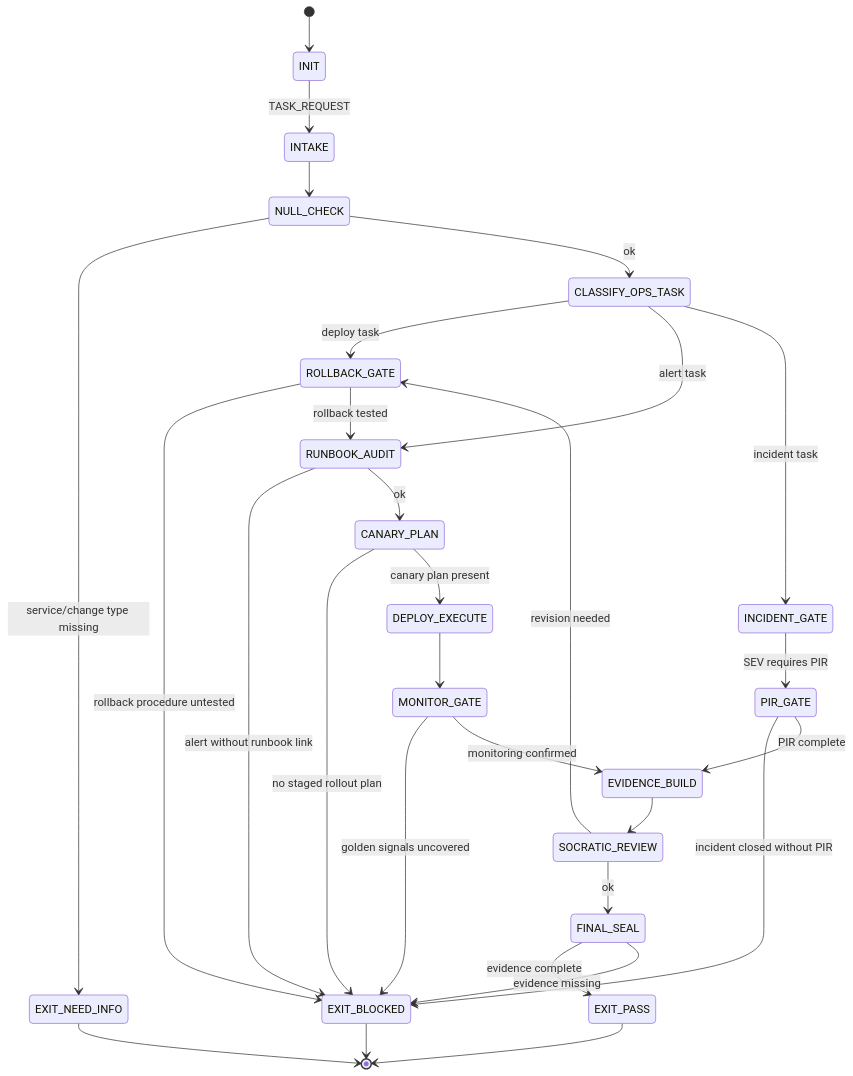
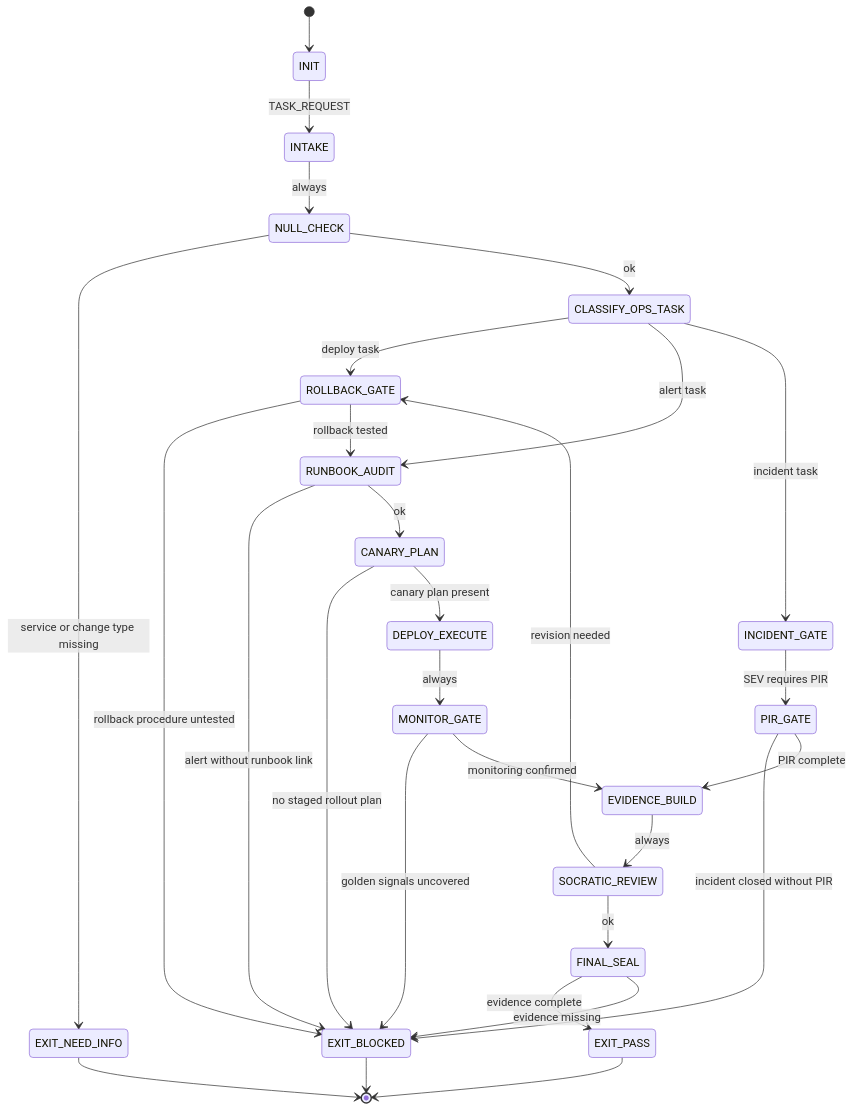
Before and after one commit to phuctruong/stillwater: the diagram in skills/prime-ops.md, drawn with Mermaid. The commit also changed other lines of this file and 44 other files, not shown here.

First line of the commit message:
feat: perfect 15 skills + 25 swarms + 5 combos (Three Pillars + FSM + mermaid)

````diff
--- a/skills/prime-ops.md
+++ b/skills/prime-ops.md
@@ -344,31 +344,31 @@
 ```mermaid
 stateDiagram-v2
-    [*] --> INIT
-    INIT --> INTAKE: TASK_REQUEST
-    INTAKE --> NULL_CHECK
-    NULL_CHECK --> EXIT_NEED_INFO: service/change type missing
-    NULL_CHECK --> CLASSIFY_OPS_TASK: ok
-    CLASSIFY_OPS_TASK --> ROLLBACK_GATE: deploy task
-    CLASSIFY_OPS_TASK --> RUNBOOK_AUDIT: alert task
-    CLASSIFY_OPS_TASK --> INCIDENT_GATE: incident task
-    ROLLBACK_GATE --> EXIT_BLOCKED: rollback procedure untested
-    ROLLBACK_GATE --> RUNBOOK_AUDIT: rollback tested
-    RUNBOOK_AUDIT --> EXIT_BLOCKED: alert without runbook link
-    RUNBOOK_AUDIT --> CANARY_PLAN: ok
-    CANARY_PLAN --> EXIT_BLOCKED: no staged rollout plan
-    CANARY_PLAN --> DEPLOY_EXECUTE: canary plan present
-    DEPLOY_EXECUTE --> MONITOR_GATE
-    MONITOR_GATE --> EXIT_BLOCKED: golden signals uncovered
-    MONITOR_GATE --> EVIDENCE_BUILD: monitoring confirmed
-    INCIDENT_GATE --> PIR_GATE: SEV requires PIR
-    PIR_GATE --> EXIT_BLOCKED: incident closed without PIR
-    PIR_GATE --> EVIDENCE_BUILD: PIR complete
-    EVIDENCE_BUILD --> SOCRATIC_REVIEW
-    SOCRATIC_REVIEW --> ROLLBACK_GATE: revision needed
-    SOCRATIC_REVIEW --> FINAL_SEAL: ok
-    FINAL_SEAL --> EXIT_PASS: evidence complete
-    FINAL_SEAL --> EXIT_BLOCKED: evidence missing
-    EXIT_PASS --> [*]
-    EXIT_BLOCKED --> [*]
-    EXIT_NEED_INFO --> [*]
+[*] --> INIT
+INIT --> INTAKE : TASK_REQUEST
+INTAKE --> NULL_CHECK : always
+NULL_CHECK --> EXIT_NEED_INFO : service or change type missing
+NULL_CHECK --> CLASSIFY_OPS_TASK : ok
+CLASSIFY_OPS_TASK --> ROLLBACK_GATE : deploy task
+CLASSIFY_OPS_TASK --> RUNBOOK_AUDIT : alert task
+CLASSIFY_OPS_TASK --> INCIDENT_GATE : incident task
+ROLLBACK_GATE --> EXIT_BLOCKED : rollback procedure untested
+ROLLBACK_GATE --> RUNBOOK_AUDIT : rollback tested
+RUNBOOK_AUDIT --> EXIT_BLOCKED : alert without runbook link
+RUNBOOK_AUDIT --> CANARY_PLAN : ok
+CANARY_PLAN --> EXIT_BLOCKED : no staged rollout plan
+CANARY_PLAN --> DEPLOY_EXECUTE : canary plan present
+DEPLOY_EXECUTE --> MONITOR_GATE : always
+MONITOR_GATE --> EXIT_BLOCKED : golden signals uncovered
+MONITOR_GATE --> EVIDENCE_BUILD : monitoring confirmed
+INCIDENT_GATE --> PIR_GATE : SEV requires PIR
+PIR_GATE --> EXIT_BLOCKED : incident closed without PIR
+PIR_GATE --> EVIDENCE_BUILD : PIR complete
+EVIDENCE_BUILD --> SOCRATIC_REVIEW : always
+SOCRATIC_REVIEW --> ROLLBACK_GATE : revision needed
+SOCRATIC_REVIEW --> FINAL_SEAL : ok
+FINAL_SEAL --> EXIT_PASS : evidence complete
+FINAL_SEAL --> EXIT_BLOCKED : evidence missing
+EXIT_PASS --> [*]
+EXIT_BLOCKED --> [*]
+EXIT_NEED_INFO --> [*]
 ```
````
